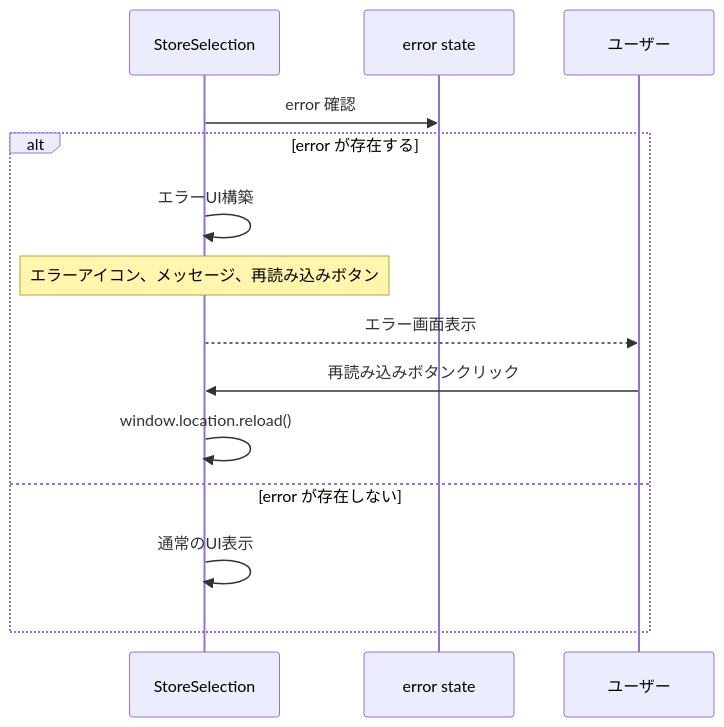
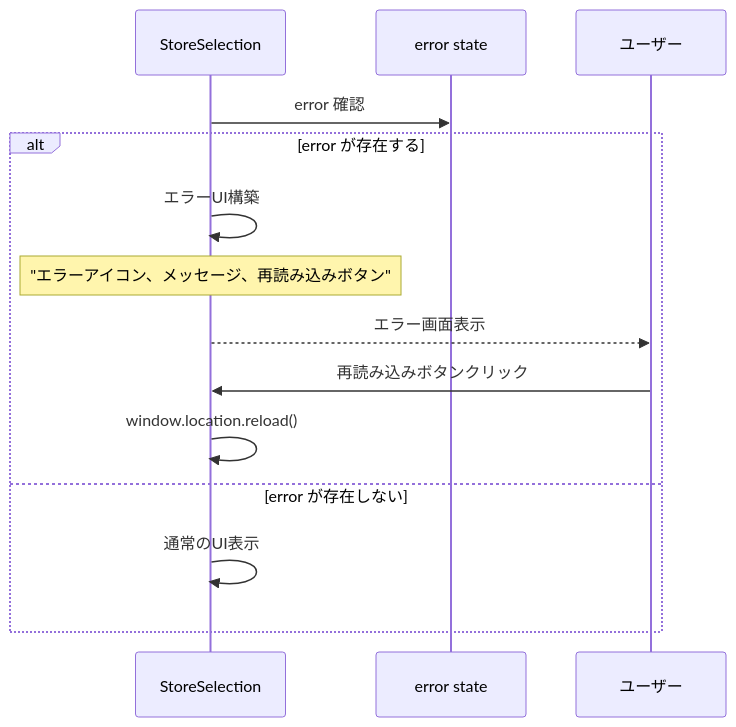
The fifth of 8 diagrams in document/components/sequence/StoreSelection.md (wasabi49/ocs-systemDevelopmentExercises), drawn with Mermaid before and after one commit. The commit also changed other lines of this file and 42 other files, not shown here.

First line of the commit message:
fix: mermaidシーケンス図のNote over文でダブルクォーテーション不足を修正

````diff
--- a/document/components/sequence/StoreSelection.md
+++ b/document/components/sequence/StoreSelection.md
@@ -105,19 +105,19 @@
 ```mermaid
 sequenceDiagram
     participant Component as StoreSelection
     participant State as error state
     participant User as ユーザー
 
     Component->>State: error 確認
     
     alt error が存在する
         Component->>Component: エラーUI構築
-        Note over Component: エラーアイコン、メッセージ、再読み込みボタン
+        Note over Component: "エラーアイコン、メッセージ、再読み込みボタン"
         Component-->>User: エラー画面表示
         
         User->>Component: 再読み込みボタンクリック
         Component->>Component: window.location.reload()
     else error が存在しない
         Component->>Component: 通常のUI表示
     end
 ```
````
